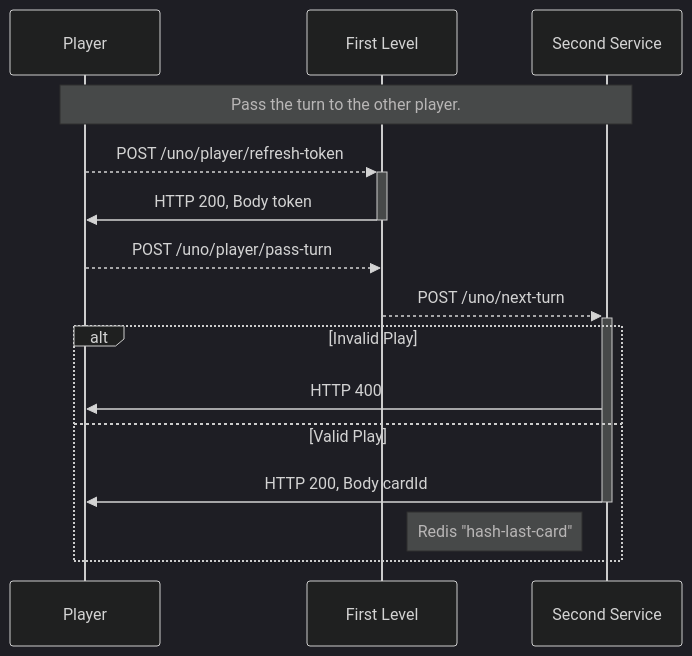
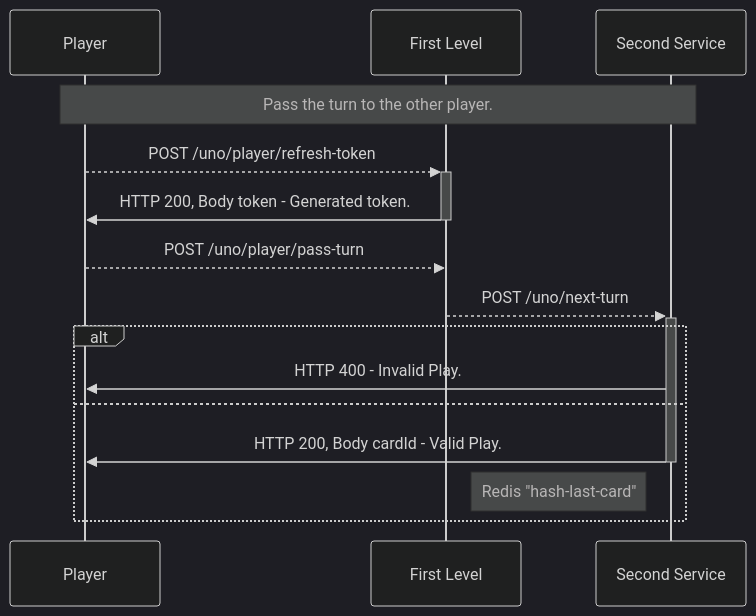
One commit to olbiwan/uno changed the diagram in README.md. Above: the diagram before and after it, drawn with Mermaid (dark theme).

````diff
--- a/README.md
+++ b/README.md
@@ -22,18 +22,18 @@
 ```mermaid
 sequenceDiagram
     participant p as Player
     participant fl as First Level
     participant sl as Second Service
 
     Note over p,sl: Pass the turn to the other player.
     p-->>+fl: POST /uno/player/refresh-token
-    fl->>-p: HTTP 200, Body token
+    fl->>-p: HTTP 200, Body token - Generated token.
     p-->>fl: POST /uno/player/pass-turn
     fl-->>+sl: POST /uno/next-turn
-    alt Invalid Play
-        sl->>p: HTTP 400
-    else Valid Play
-        sl->>-p: HTTP 200, Body cardId
+    alt
+        sl->>p: HTTP 400 - Invalid Play.
+    else 
+        sl->>-p: HTTP 200, Body cardId - Valid Play.
         Note right of fl: Redis "hash-last-card" 
     end
 ```
````
